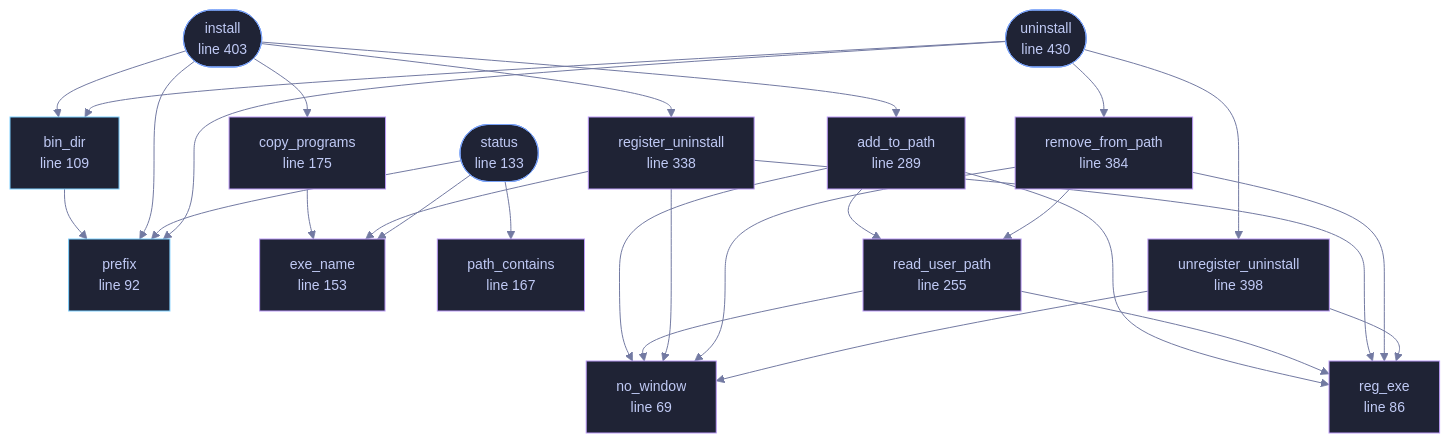
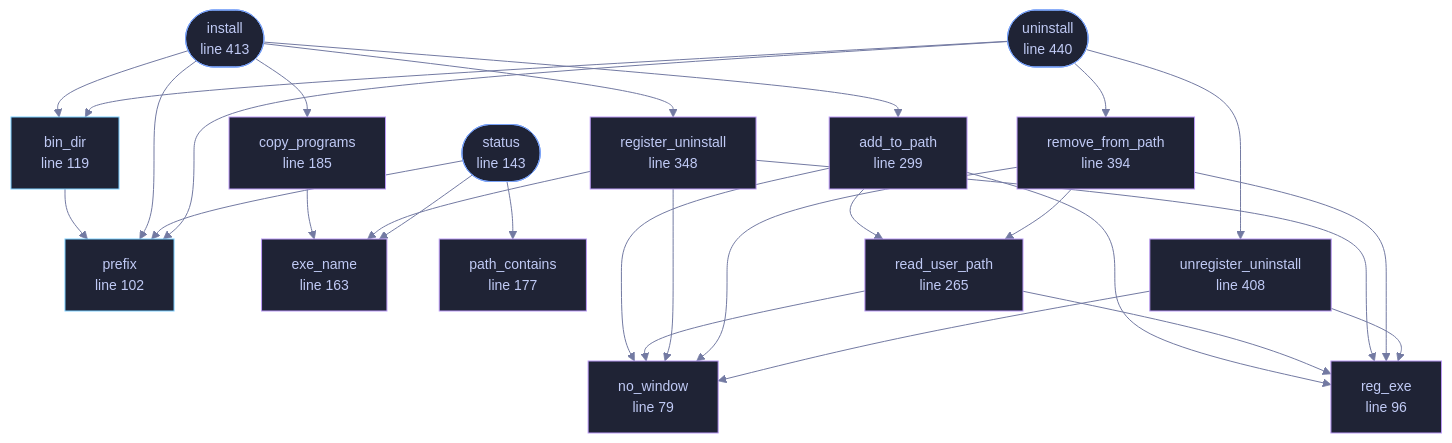
Before and after one commit to tilas01/veilvoice: the diagram in docs/files/veilvoice-cli/install.md, drawn with Mermaid. The commit also changed other lines of this file and 8 other files, not shown here.

````diff
--- a/docs/files/veilvoice-cli/install.md
+++ b/docs/files/veilvoice-cli/install.md
@@ -104,75 +104,75 @@
 ```mermaid
 %%{init: {"theme":"base","themeVariables":{"background":"#1a1b26","primaryColor":"#1f2335","primaryTextColor":"#c0caf5","primaryBorderColor":"#7aa2f7","secondaryColor":"#16161e","tertiaryColor":"#16161e","lineColor":"#737aa2","textColor":"#c0caf5","mainBkg":"#1f2335","nodeBorder":"#7aa2f7","clusterBkg":"#16161e","clusterBorder":"#2f3549","fontFamily":"ui-monospace, SFMono-Regular, Consolas, monospace","fontSize":"14px"}}}%%
 flowchart TD
-    n_no_window["no_window<br/>line 69"]
-    n_reg_exe["reg_exe<br/>line 86"]
-    n_prefix["prefix<br/>line 92"]
-    n_bin_dir["bin_dir<br/>line 109"]
-    n_status(["status<br/>line 133"])
-    n_exe_name["exe_name<br/>line 153"]
-    n_path_contains["path_contains<br/>line 167"]
-    n_copy_programs["copy_programs<br/>line 175"]
-    n_add_to_path["add_to_path<br/>line 217"]
-    n_read_user_path["read_user_path<br/>line 255"]
-    n_add_to_path["add_to_path<br/>line 289"]
-    n_register_uninstall["register_uninstall<br/>line 299"]
-    n_register_uninstall["register_uninstall<br/>line 338"]
-    n_remove_from_path["remove_from_path<br/>line 343"]
-    n_remove_from_path["remove_from_path<br/>line 384"]
-    n_unregister_uninstall["unregister_uninstall<br/>line 389"]
-    n_unregister_uninstall["unregister_uninstall<br/>line 398"]
-    n_install(["install<br/>line 403"])
-    n_uninstall(["uninstall<br/>line 430"])
+    n_no_window["no_window<br/>line 79"]
+    n_reg_exe["reg_exe<br/>line 96"]
+    n_prefix["prefix<br/>line 102"]
+    n_bin_dir["bin_dir<br/>line 119"]
+    n_status(["status<br/>line 143"])
+    n_exe_name["exe_name<br/>line 163"]
+    n_path_contains["path_contains<br/>line 177"]
+    n_copy_programs["copy_programs<br/>line 185"]
+    n_add_to_path["add_to_path<br/>line 227"]
+    n_read_user_path["read_user_path<br/>line 265"]
+    n_add_to_path["add_to_path<br/>line 299"]
+    n_register_uninstall["register_uninstall<br/>line 309"]
+    n_register_uninstall["register_uninstall<br/>line 348"]
+    n_remove_from_path["remove_from_path<br/>line 353"]
+    n_remove_from_path["remove_from_path<br/>line 394"]
+    n_unregister_uninstall["unregister_uninstall<br/>line 399"]
+    n_unregister_uninstall["unregister_uninstall<br/>line 408"]
+    n_install(["install<br/>line 413"])
+    n_uninstall(["uninstall<br/>line 440"])
     n_add_to_path --> n_no_window
     n_add_to_path --> n_read_user_path
     n_add_to_path --> n_reg_exe
     n_bin_dir --> n_prefix
     n_copy_programs --> n_exe_name
     n_install --> n_add_to_path
     n_install --> n_bin_dir
     n_install --> n_copy_programs
     n_install --> n_prefix
     n_install --> n_register_uninstall
     n_read_user_path --> n_no_window
     n_read_user_path --> n_reg_exe
     n_register_uninstall --> n_exe_name
     n_register_uninstall --> n_no_window
     n_register_uninstall --> n_reg_exe
     n_remove_from_path --> n_no_window
     n_remove_from_path --> n_read_user_path
     n_remove_from_path --> n_reg_exe
     n_status --> n_exe_name
     n_status --> n_path_contains
     n_status --> n_prefix
     n_uninstall --> n_bin_dir
     n_uninstall --> n_prefix
     n_uninstall --> n_remove_from_path
     n_uninstall --> n_unregister_uninstall
     n_unregister_uninstall --> n_no_window
     n_unregister_uninstall --> n_reg_exe
-    click n_no_window href "https://github.com/tilas01/veilvoice/blob/main/crates/veilvoice-cli/src/install.rs#L69" "open the source"
-    click n_reg_exe href "https://github.com/tilas01/veilvoice/blob/main/crates/veilvoice-cli/src/install.rs#L86" "open the source"
-    click n_prefix href "https://github.com/tilas01/veilvoice/blob/main/crates/veilvoice-cli/src/install.rs#L92" "open the source"
-    click n_bin_dir href "https://github.com/tilas01/veilvoice/blob/main/crates/veilvoice-cli/src/install.rs#L109" "open the source"
-    click n_status href "https://github.com/tilas01/veilvoice/blob/main/crates/veilvoice-cli/src/install.rs#L133" "open the source"
-    click n_exe_name href "https://github.com/tilas01/veilvoice/blob/main/crates/veilvoice-cli/src/install.rs#L153" "open the source"
-    click n_path_contains href "https://github.com/tilas01/veilvoice/blob/main/crates/veilvoice-cli/src/install.rs#L167" "open the source"
-    click n_copy_programs href "https://github.com/tilas01/veilvoice/blob/main/crates/veilvoice-cli/src/install.rs#L175" "open the source"
-    click n_add_to_path href "https://github.com/tilas01/veilvoice/blob/main/crates/veilvoice-cli/src/install.rs#L217" "open the source"
-    click n_read_user_path href "https://github.com/tilas01/veilvoice/blob/main/crates/veilvoice-cli/src/install.rs#L255" "open the source"
-    click n_add_to_path href "https://github.com/tilas01/veilvoice/blob/main/crates/veilvoice-cli/src/install.rs#L289" "open the source"
-    click n_register_uninstall href "https://github.com/tilas01/veilvoice/blob/main/crates/veilvoice-cli/src/install.rs#L299" "open the source"
-    click n_register_uninstall href "https://github.com/tilas01/veilvoice/blob/main/crates/veilvoice-cli/src/install.rs#L338" "open the source"
-    click n_remove_from_path href "https://github.com/tilas01/veilvoice/blob/main/crates/veilvoice-cli/src/install.rs#L343" "open the source"
-    click n_remove_from_path href "https://github.com/tilas01/veilvoice/blob/main/crates/veilvoice-cli/src/install.rs#L384" "open the source"
-    click n_unregister_uninstall href "https://github.com/tilas01/veilvoice/blob/main/crates/veilvoice-cli/src/install.rs#L389" "open the source"
-    click n_unregister_uninstall href "https://github.com/tilas01/veilvoice/blob/main/crates/veilvoice-cli/src/install.rs#L398" "open the source"
-    click n_install href "https://github.com/tilas01/veilvoice/blob/main/crates/veilvoice-cli/src/install.rs#L403" "open the source"
-    click n_uninstall href "https://github.com/tilas01/veilvoice/blob/main/crates/veilvoice-cli/src/install.rs#L430" "open the source"
+    click n_no_window href "https://github.com/tilas01/veilvoice/blob/main/crates/veilvoice-cli/src/install.rs#L79" "open the source"
+    click n_reg_exe href "https://github.com/tilas01/veilvoice/blob/main/crates/veilvoice-cli/src/install.rs#L96" "open the source"
+    click n_prefix href "https://github.com/tilas01/veilvoice/blob/main/crates/veilvoice-cli/src/install.rs#L102" "open the source"
+    click n_bin_dir href "https://github.com/tilas01/veilvoice/blob/main/crates/veilvoice-cli/src/install.rs#L119" "open the source"
+    click n_status href "https://github.com/tilas01/veilvoice/blob/main/crates/veilvoice-cli/src/install.rs#L143" "open the source"
+    click n_exe_name href "https://github.com/tilas01/veilvoice/blob/main/crates/veilvoice-cli/src/install.rs#L163" "open the source"
+    click n_path_contains href "https://github.com/tilas01/veilvoice/blob/main/crates/veilvoice-cli/src/install.rs#L177" "open the source"
+    click n_copy_programs href "https://github.com/tilas01/veilvoice/blob/main/crates/veilvoice-cli/src/install.rs#L185" "open the source"
+    click n_add_to_path href "https://github.com/tilas01/veilvoice/blob/main/crates/veilvoice-cli/src/install.rs#L227" "open the source"
+    click n_read_user_path href "https://github.com/tilas01/veilvoice/blob/main/crates/veilvoice-cli/src/install.rs#L265" "open the source"
+    click n_add_to_path href "https://github.com/tilas01/veilvoice/blob/main/crates/veilvoice-cli/src/install.rs#L299" "open the source"
+    click n_register_uninstall href "https://github.com/tilas01/veilvoice/blob/main/crates/veilvoice-cli/src/install.rs#L309" "open the source"
+    click n_register_uninstall href "https://github.com/tilas01/veilvoice/blob/main/crates/veilvoice-cli/src/install.rs#L348" "open the source"
+    click n_remove_from_path href "https://github.com/tilas01/veilvoice/blob/main/crates/veilvoice-cli/src/install.rs#L353" "open the source"
+    click n_remove_from_path href "https://github.com/tilas01/veilvoice/blob/main/crates/veilvoice-cli/src/install.rs#L394" "open the source"
+    click n_unregister_uninstall href "https://github.com/tilas01/veilvoice/blob/main/crates/veilvoice-cli/src/install.rs#L399" "open the source"
+    click n_unregister_uninstall href "https://github.com/tilas01/veilvoice/blob/main/crates/veilvoice-cli/src/install.rs#L408" "open the source"
+    click n_install href "https://github.com/tilas01/veilvoice/blob/main/crates/veilvoice-cli/src/install.rs#L413" "open the source"
+    click n_uninstall href "https://github.com/tilas01/veilvoice/blob/main/crates/veilvoice-cli/src/install.rs#L440" "open the source"
     classDef entry fill:#1f2335,stroke:#7aa2f7,color:#c0caf5
     class n_status,n_install,n_uninstall entry
     classDef api fill:#1f2335,stroke:#7dcfff,color:#c0caf5
     class n_prefix,n_bin_dir api
     classDef helper fill:#1f2335,stroke:#bb9af7,color:#c0caf5
     class n_no_window,n_reg_exe,n_exe_name,n_path_contains,n_copy_programs,n_add_to_path,n_read_user_path,n_add_to_path,n_register_uninstall,n_register_uninstall,n_remove_from_path,n_remove_from_path,n_unregister_uninstall,n_unregister_uninstall helper
 ```
````
